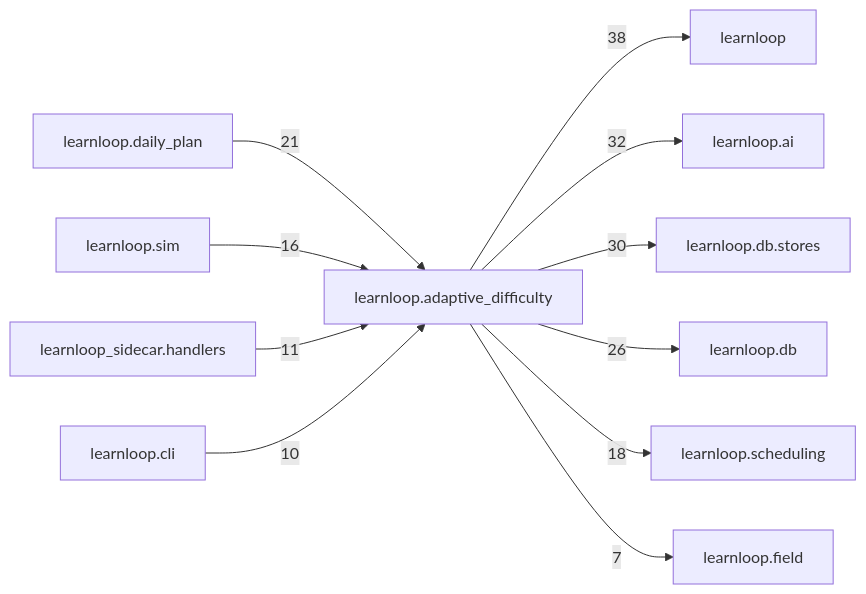
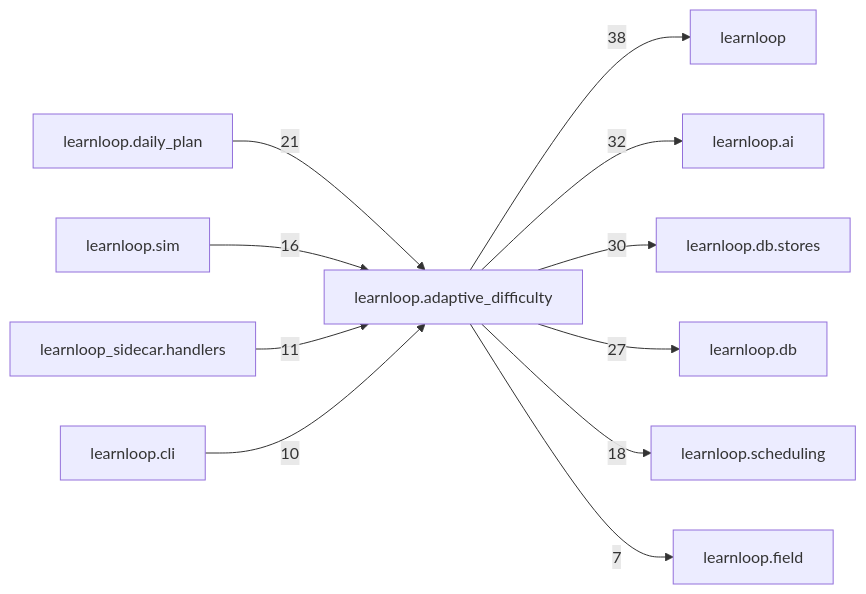
One commit to 6up-b/learnanything changed the diagram in docs/learnloop-architecture-vault/Reference/Modules/learnloop/adaptive_difficulty/_package.md. Above: the diagram before and after it, drawn with Mermaid. The commit also changed other lines of this file and 42 other files, not shown here.

````diff
--- a/docs/learnloop-architecture-vault/Reference/Modules/learnloop/adaptive_difficulty/_package.md
+++ b/docs/learnloop-architecture-vault/Reference/Modules/learnloop/adaptive_difficulty/_package.md
@@ -190,24 +190,24 @@
 ```mermaid
 flowchart LR
     center["learnloop.adaptive_difficulty"]
     n_learnloop["learnloop"]
     n_learnloop_ai["learnloop.ai"]
     n_learnloop_db_stores["learnloop.db.stores"]
     n_learnloop_db["learnloop.db"]
     n_learnloop_daily_plan["learnloop.daily_plan"]
     n_learnloop_scheduling["learnloop.scheduling"]
     n_learnloop_sim["learnloop.sim"]
     n_learnloop_sidecar_handlers["learnloop_sidecar.handlers"]
     n_learnloop_cli["learnloop.cli"]
     n_learnloop_field["learnloop.field"]
     center -->|38| n_learnloop
     center -->|32| n_learnloop_ai
     center -->|30| n_learnloop_db_stores
-    center -->|26| n_learnloop_db
+    center -->|27| n_learnloop_db
     n_learnloop_daily_plan -->|21| center
     center -->|18| n_learnloop_scheduling
     n_learnloop_sim -->|16| center
     n_learnloop_sidecar_handlers -->|11| center
     n_learnloop_cli -->|10| center
     center -->|7| n_learnloop_field
 ```
````
